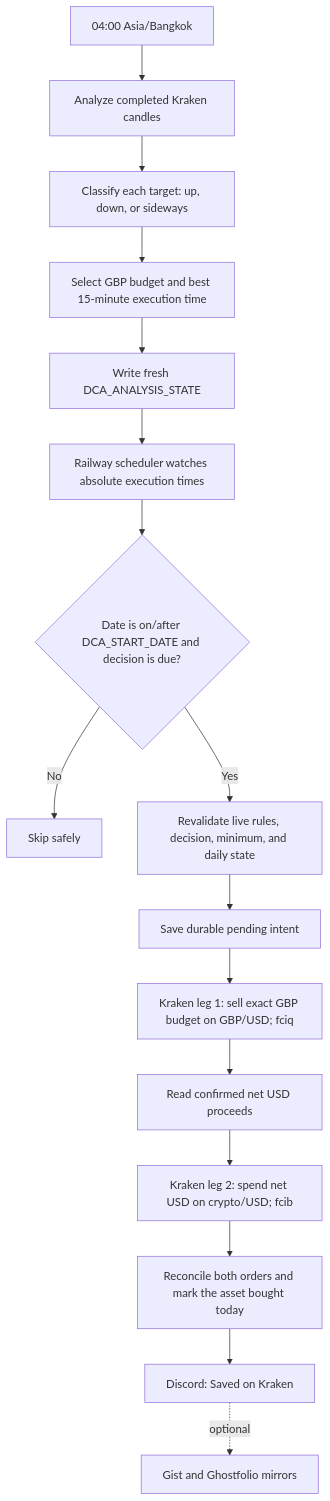
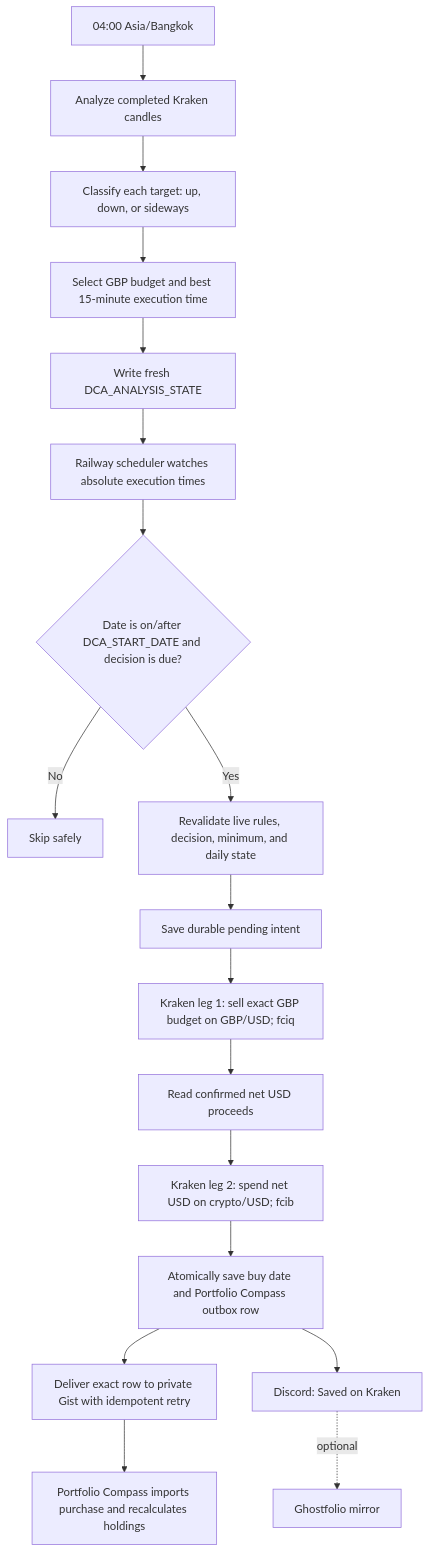
One commit to aesscialo-bot/DCA-Bot changed the first of 2 diagrams in README.md. Above: the diagram before and after it, drawn with Mermaid. The commit also changed other lines of this file and 9 other files, not shown here.

Commit message:
Deliver DCA purchases to Portfolio Compass

````diff
--- a/README.md
+++ b/README.md
@@ -62,18 +64,20 @@
 ```mermaid
 flowchart TD
     A["04:00 Asia/Bangkok"] --> B["Analyze completed Kraken candles"]
     B --> C["Classify each target: up, down, or sideways"]
     C --> D["Select GBP budget and best 15-minute execution time"]
     D --> E["Write fresh DCA_ANALYSIS_STATE"]
     E --> F["Railway scheduler watches absolute execution times"]
     F --> G{"Date is on/after DCA_START_DATE and decision is due?"}
     G -- "No" --> H["Skip safely"]
     G -- "Yes" --> I["Revalidate live rules, decision, minimum, and daily state"]
     I --> J["Save durable pending intent"]
     J --> K["Kraken leg 1: sell exact GBP budget on GBP/USD; fciq"]
     K --> L["Read confirmed net USD proceeds"]
     L --> M["Kraken leg 2: spend net USD on crypto/USD; fcib"]
-    M --> N["Reconcile both orders and mark the asset bought today"]
-    N --> O["Discord: Saved on Kraken"]
-    O -. "optional" .-> P["Gist and Ghostfolio mirrors"]
+    M --> N["Atomically save buy date and Portfolio Compass outbox row"]
+    N --> O["Deliver exact row to private Gist with idempotent retry"]
+    O --> P["Portfolio Compass imports purchase and recalculates holdings"]
+    N --> Q["Discord: Saved on Kraken"]
+    Q -. "optional" .-> R["Ghostfolio mirror"]
 ```
````
